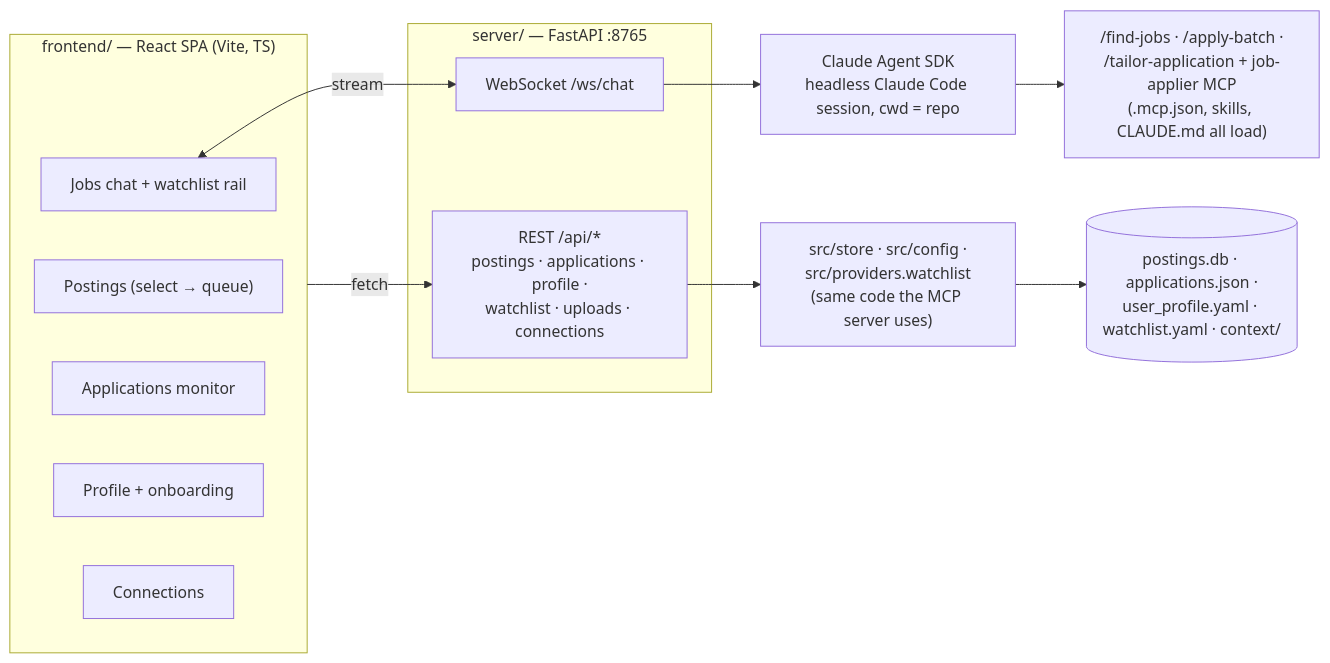
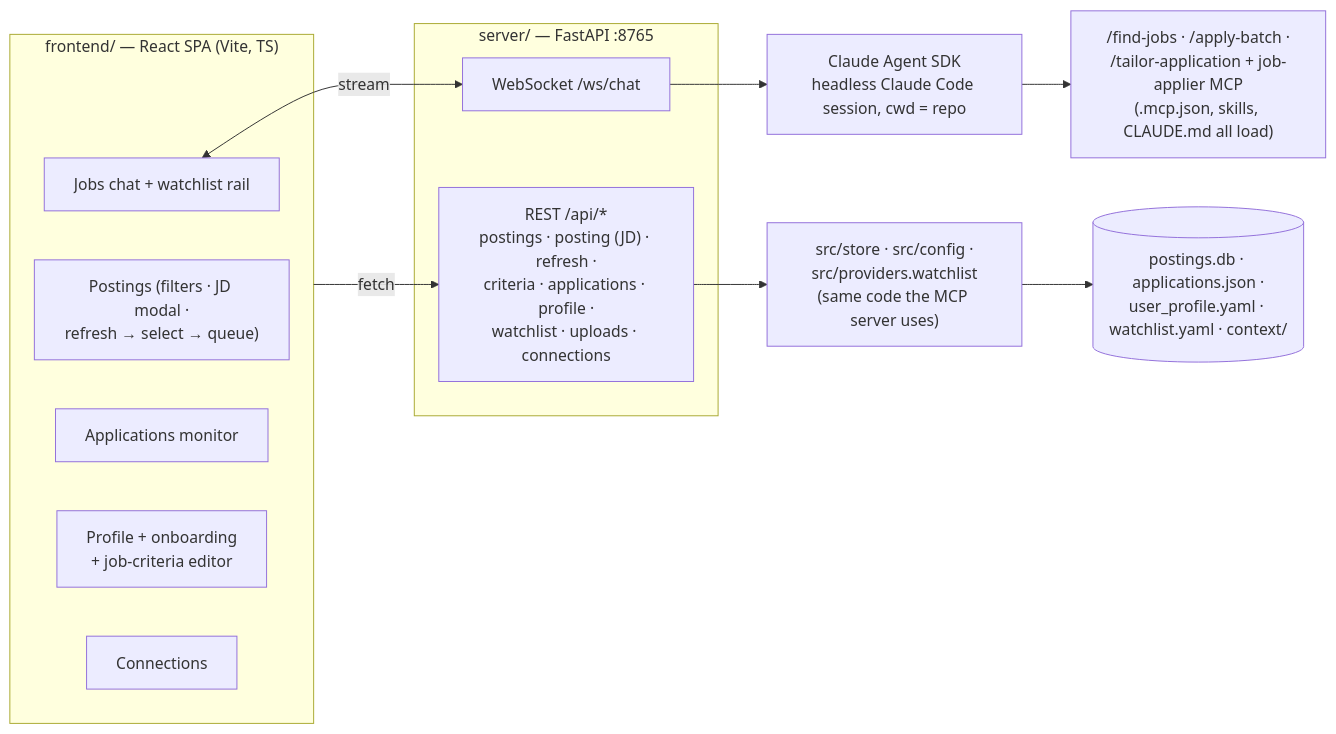
The seventh of 7 diagrams in README.md (sbhaskaran0/job-applier), drawn with Mermaid before and after one commit. The commit also changed other lines of this file and 19 other files, not shown here.

````diff
--- a/README.md
+++ b/README.md
@@ -288,20 +288,20 @@
 ```mermaid
 flowchart LR
     subgraph UI["frontend/ — React SPA (Vite, TS)"]
         J["Jobs chat + watchlist rail"]
-        P["Postings (select → queue)"]
+        P["Postings (filters · JD modal ·<br/>refresh → select → queue)"]
         A["Applications monitor"]
-        PR["Profile + onboarding"]
+        PR["Profile + onboarding<br/>+ job-criteria editor"]
         CN["Connections"]
     end
     subgraph BE["server/ — FastAPI :8765"]
-        API["REST /api/*<br/>postings · applications · profile ·<br/>watchlist · uploads · connections"]
+        API["REST /api/*<br/>postings · posting (JD) · refresh ·<br/>criteria · applications · profile ·<br/>watchlist · uploads · connections"]
         WS["WebSocket /ws/chat"]
     end
     UI -->|fetch| API
     J <-->|stream| WS
     API --> SRC["src/store · src/config ·<br/>src/providers.watchlist<br/>(same code the MCP server uses)"]
     SRC --> FILES[("postings.db · applications.json ·<br/>user_profile.yaml · watchlist.yaml · context/")]
     WS --> SDK["Claude Agent SDK<br/>headless Claude Code session, cwd = repo"]
     SDK --> SKILLS["/find-jobs · /apply-batch ·<br/>/tailor-application + job-applier MCP<br/>(.mcp.json, skills, CLAUDE.md all load)"]
 ```
````
